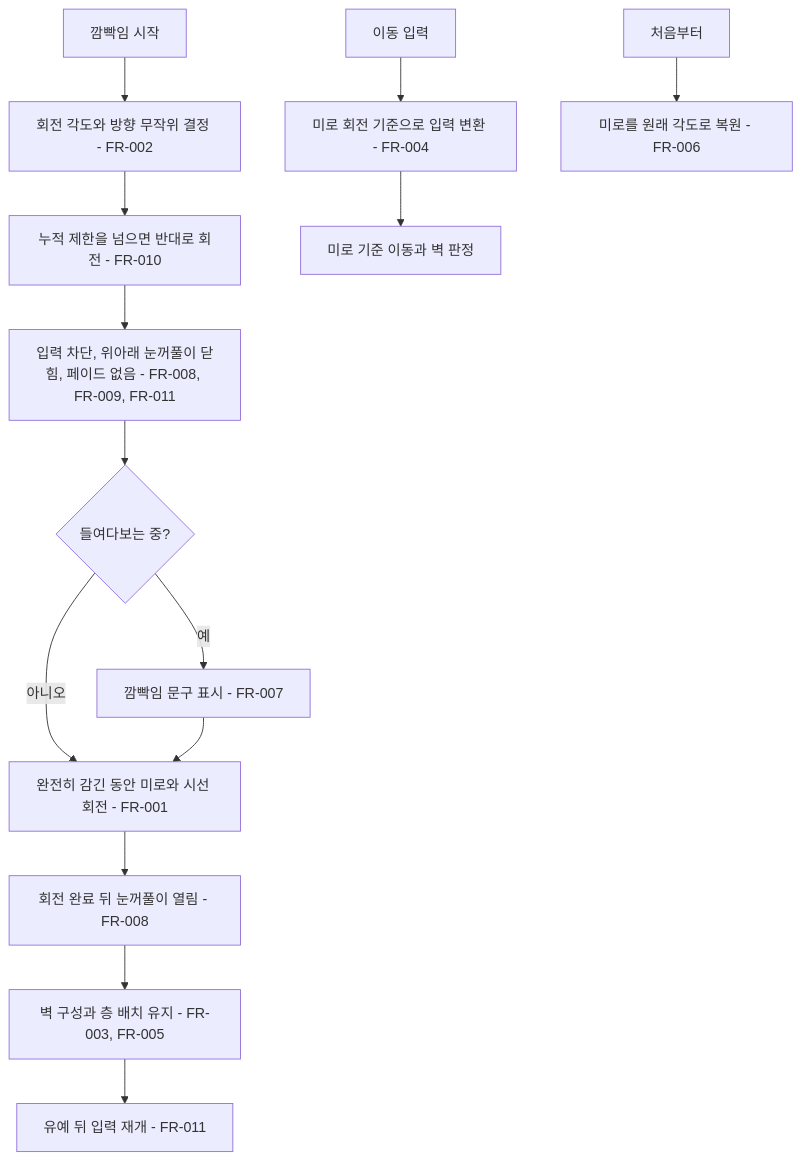
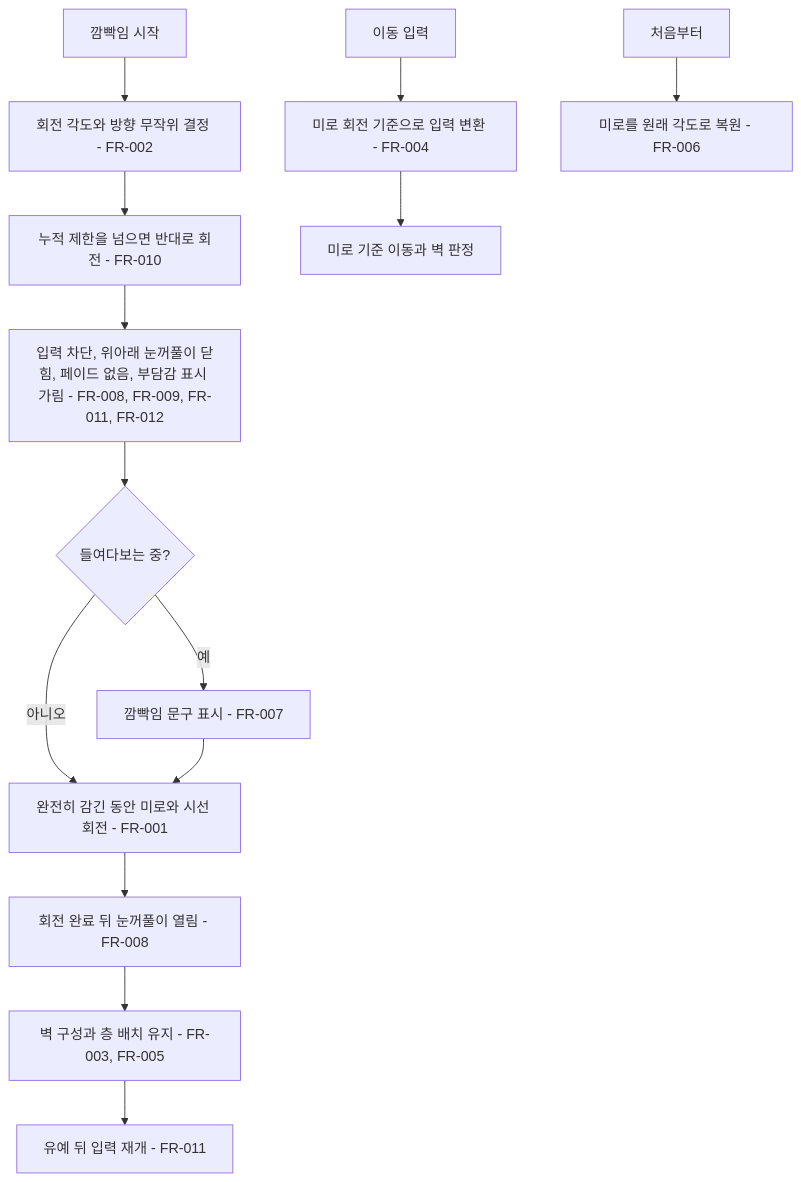
Before and after one commit to xpaklove12-lang/Corner1: the diagram in docs/specs/006-blink-illusion-rotation.md, drawn with Mermaid. The commit also changed other lines of this file and 3 other files, not shown here.

````diff
--- a/docs/specs/006-blink-illusion-rotation.md
+++ b/docs/specs/006-blink-illusion-rotation.md
@@ -46,16 +47,16 @@
 ```mermaid
 flowchart TD
     A[깜빡임 시작] --> B[회전 각도와 방향 무작위 결정 - FR-002]
     B --> B2[누적 제한을 넘으면 반대로 회전 - FR-010]
-    B2 --> C[입력 차단, 위아래 눈꺼풀이 닫힘, 페이드 없음 - FR-008, FR-009, FR-011]
+    B2 --> C[입력 차단, 위아래 눈꺼풀이 닫힘, 페이드 없음, 부담감 표시 가림 - FR-008, FR-009, FR-011, FR-012]
     C --> D{들여다보는 중?}
     D -- 예 --> E[깜빡임 문구 표시 - FR-007]
     D -- 아니오 --> F[완전히 감긴 동안 미로와 시선 회전 - FR-001]
     E --> F
     F --> G[회전 완료 뒤 눈꺼풀이 열림 - FR-008]
     G --> H[벽 구성과 층 배치 유지 - FR-003, FR-005]
     H --> H2[유예 뒤 입력 재개 - FR-011]
     I[이동 입력] --> J[미로 회전 기준으로 입력 변환 - FR-004]
     J --> K[미로 기준 이동과 벽 판정]
     L[처음부터] --> M[미로를 원래 각도로 복원 - FR-006]
 ```
````
